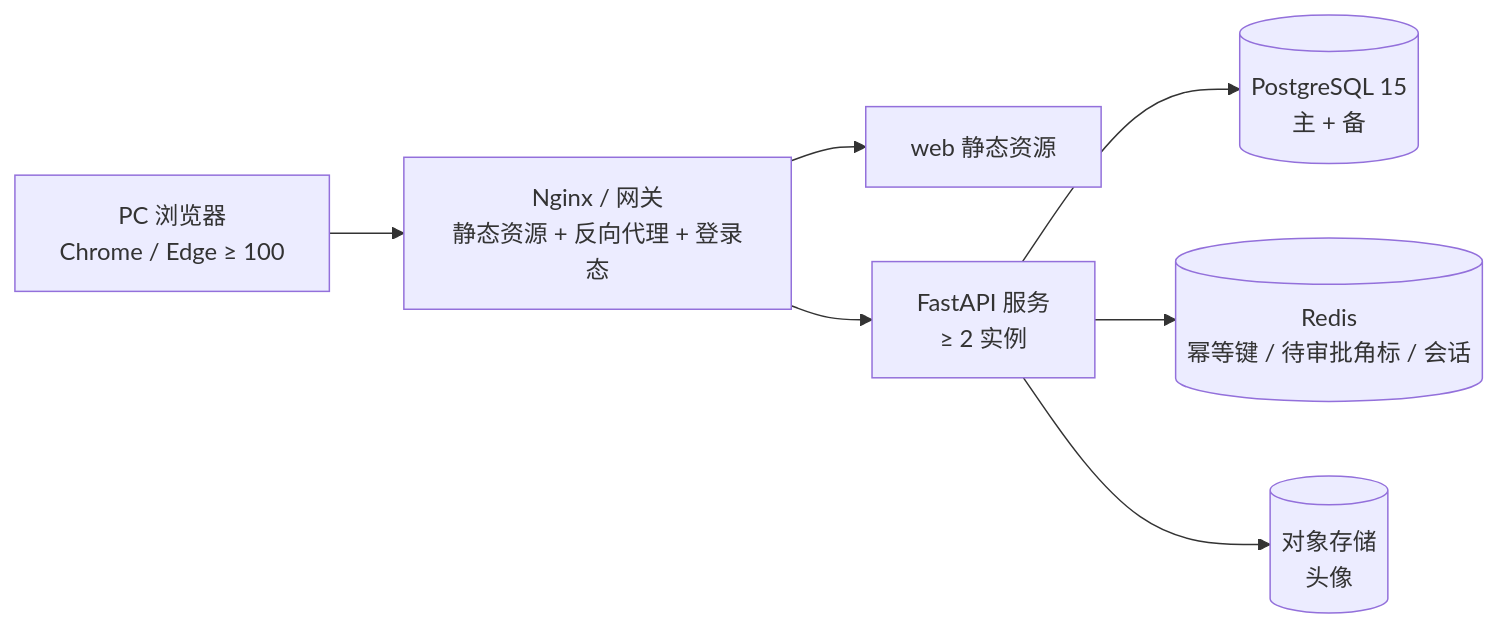
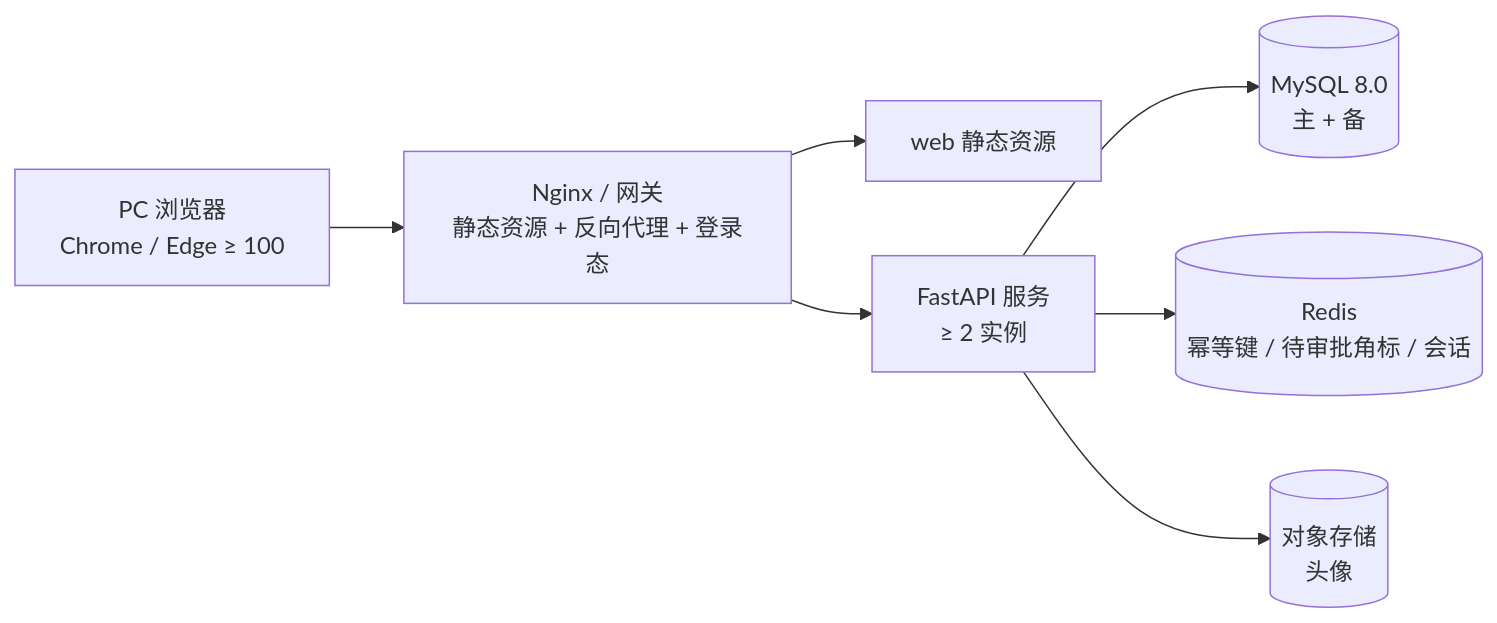
The second of 6 diagrams in docs/01-总体架构设计.md (kemix-zjj/agent_assistant), drawn with Mermaid before and after one commit. The commit also changed other lines of this file and 2 other files, not shown here.

Commit message:
docs: 设计文档数据库口径改为 MySQL 8.0，忽略本地环境变量文件

````diff
--- a/docs/01-总体架构设计.md
+++ b/docs/01-总体架构设计.md
@@ -175,9 +175,9 @@
 ```mermaid
 flowchart LR
     U["PC 浏览器<br/>Chrome / Edge ≥ 100"] --> N["Nginx / 网关<br/>静态资源 + 反向代理 + 登录态"]
     N --> W["web 静态资源"]
     N --> API["FastAPI 服务<br/>≥ 2 实例"]
-    API --> PG[("PostgreSQL 15<br/>主 + 备")]
+    API --> PG[("MySQL 8.0<br/>主 + 备")]
     API --> RDS[("Redis<br/>幂等键 / 待审批角标 / 会话")]
     API --> OSS[("对象存储<br/>头像")]
 ```
````
